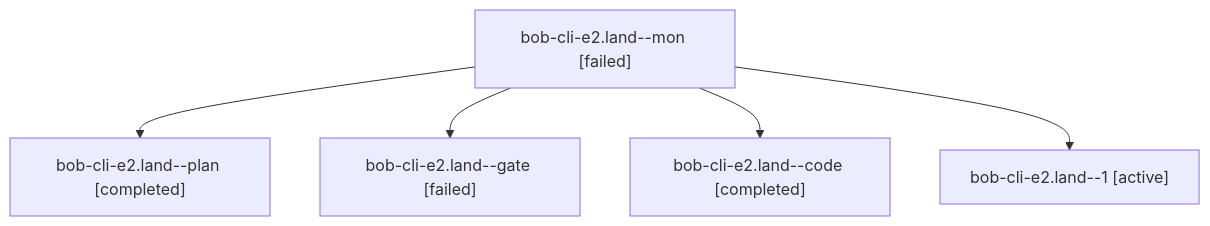
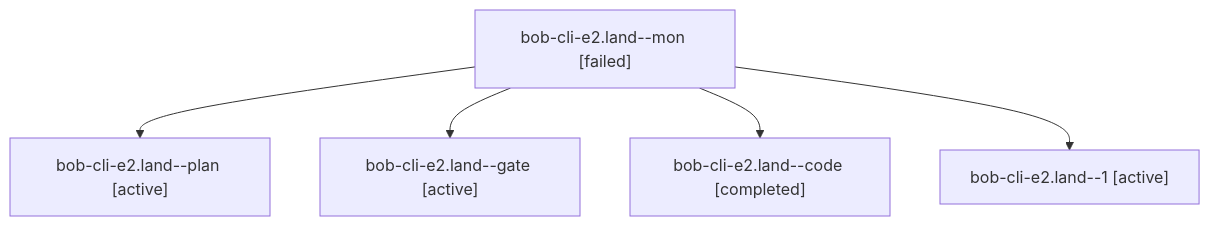
One commit to bobs-org/bob-cli--agents changed the diagram in sessions/bbugyi200.athena.bob-cli-e2.land.md. Above: the diagram before and after it, drawn with Mermaid. The commit also changed other lines of this file and 58 other files, not shown here.

````diff
--- a/sessions/bbugyi200.athena.bob-cli-e2.land.md
+++ b/sessions/bbugyi200.athena.bob-cli-e2.land.md
@@ -9,12 +9,12 @@
 ```mermaid
 flowchart TD
   n0["bob-cli-e2.land--mon [failed]"]
-  n1["bob-cli-e2.land--plan [completed]"]
+  n1["bob-cli-e2.land--plan [active]"]
   n0 --> n1
-  n2["bob-cli-e2.land--gate [failed]"]
+  n2["bob-cli-e2.land--gate [active]"]
   n0 --> n2
   n3["bob-cli-e2.land--code [completed]"]
   n0 --> n3
   n4["bob-cli-e2.land--1 [active]"]
   n0 --> n4
 ```
````
